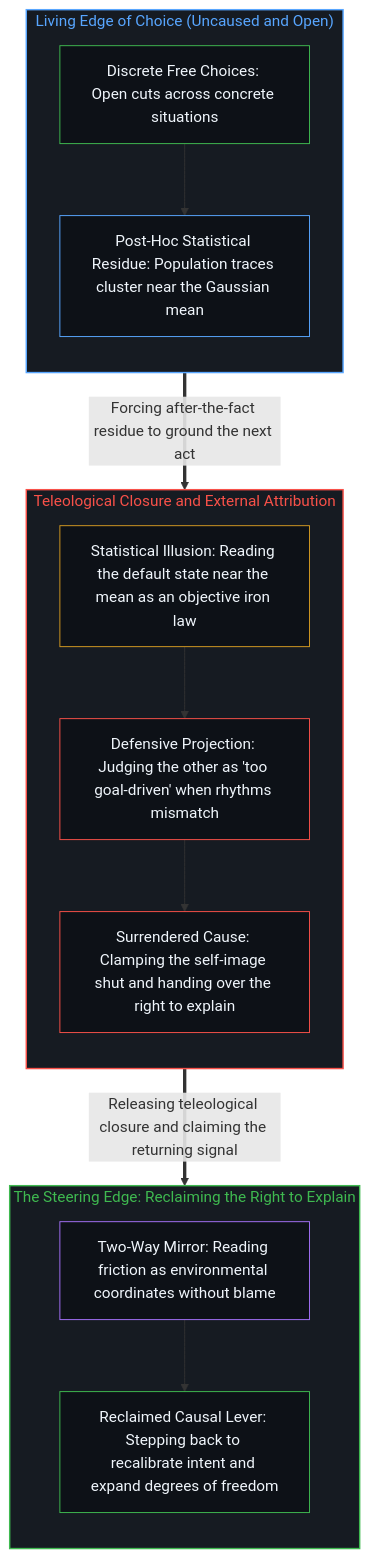
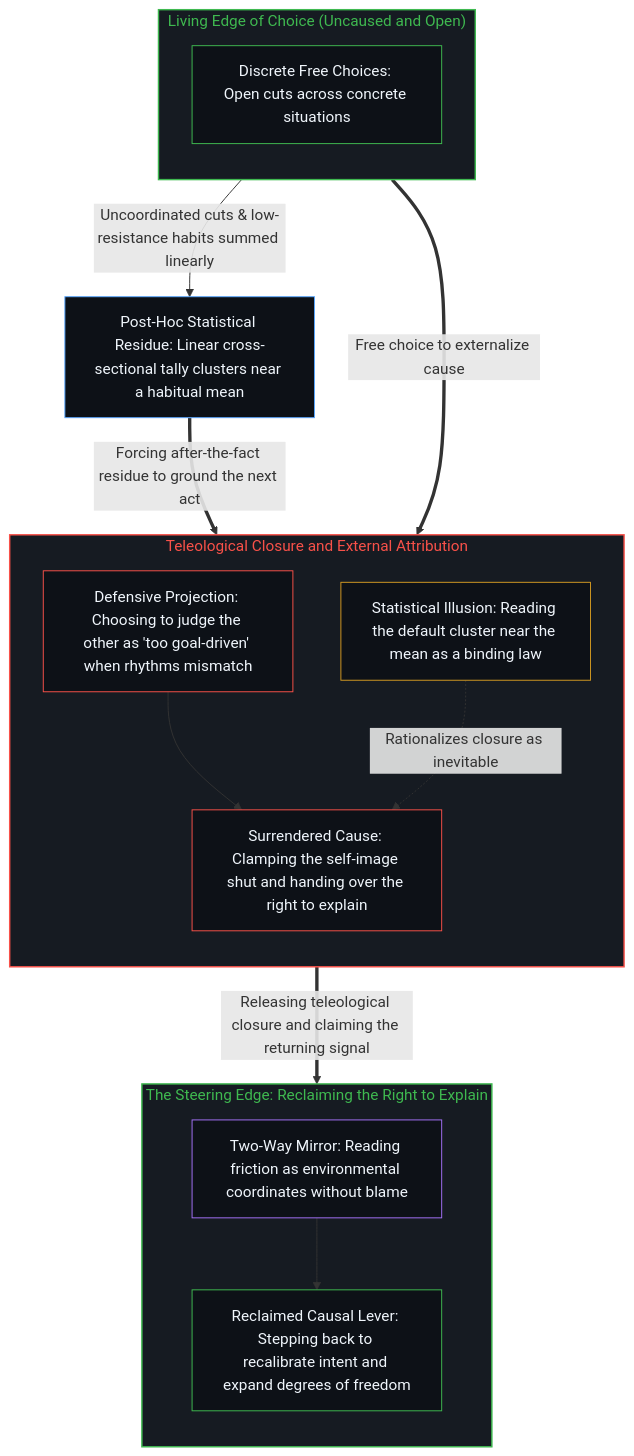
Before and after one commit to powerpig99/not-a-toe: the second of 2 diagrams in content/posts/cong-mu-di-xing-de-ping-pan-kan-ren-zhi-que-sheng.md, drawn with Mermaid. The commit also changed other lines of this file and 4 other files, not shown here.

````diff
--- a/content/posts/cong-mu-di-xing-de-ping-pan-kan-ren-zhi-que-sheng.md
+++ b/content/posts/cong-mu-di-xing-de-ping-pan-kan-ren-zhi-que-sheng.md
@@ -76,34 +78,36 @@
 ```mermaid
 flowchart TD
     subgraph S_Edge["Living Edge of Choice (Uncaused and Open)"]
         direction TB
         E_Act["Discrete Free Choices: Open cuts across concrete situations"]
-        E_Stat["Post-Hoc Statistical Residue: Population traces cluster near the Gaussian mean"]
-        E_Act --> E_Stat
     end
+    E_Stat["Post-Hoc Statistical Residue: Linear cross-sectional tally clusters near a habitual mean"]
     subgraph S_Proj["Teleological Closure and External Attribution"]
         direction TB
-        P_Law["Statistical Illusion: Reading the default state near the mean as an objective iron law"]
-        P_Label["Defensive Projection: Judging the other as 'too goal-driven' when rhythms mismatch"]
+        P_Label["Defensive Projection: Choosing to judge the other as 'too goal-driven' when rhythms mismatch"]
         P_Surr["Surrendered Cause: Clamping the self-image shut and handing over the right to explain"]
-        P_Law --> P_Label --> P_Surr
+        P_Law["Statistical Illusion: Reading the default cluster near the mean as a binding law"]
+        P_Label --> P_Surr
+        P_Law -.->|"Rationalizes closure as inevitable"| P_Surr
     end
     subgraph S_Open["The Steering Edge: Reclaiming the Right to Explain"]
         direction TB
         O_Mirror["Two-Way Mirror: Reading friction as environmental coordinates without blame"]
         O_Claim["Reclaimed Causal Lever: Stepping back to recalibrate intent and expand degrees of freedom"]
         O_Mirror --> O_Claim
     end
+    E_Act -->|"Uncoordinated cuts & low-resistance habits summed linearly"| E_Stat
+    E_Act ==>|"Free choice to externalize cause"| P_Label
     E_Stat ==>|"Forcing after-the-fact residue to ground the next act"| P_Law
     P_Surr ==>|"Releasing teleological closure and claiming the returning signal"| O_Mirror
-    style S_Edge fill:#161b22,stroke:#58a6ff,stroke-width:1.5px,color:#58a6ff
+    style S_Edge fill:#161b22,stroke:#3fb950,stroke-width:1.5px,color:#3fb950
     style S_Proj fill:#161b22,stroke:#f85149,stroke-width:1.5px,color:#f85149
     style S_Open fill:#161b22,stroke:#3fb950,stroke-width:1.5px,color:#3fb950
     style E_Act fill:#0d1117,stroke:#3fb950,stroke-width:1px,color:#f0f6fc
     style E_Stat fill:#0d1117,stroke:#58a6ff,stroke-width:1px,color:#f0f6fc
     style P_Law fill:#0d1117,stroke:#d29922,stroke-width:1px,color:#f0f6fc
     style P_Label fill:#0d1117,stroke:#f85149,stroke-width:1px,color:#f0f6fc
     style P_Surr fill:#0d1117,stroke:#f85149,stroke-width:1px,color:#f0f6fc
     style O_Mirror fill:#0d1117,stroke:#a371f7,stroke-width:1px,color:#f0f6fc
     style O_Claim fill:#0d1117,stroke:#3fb950,stroke-width:1px,color:#f0f6fc
 ```
````
